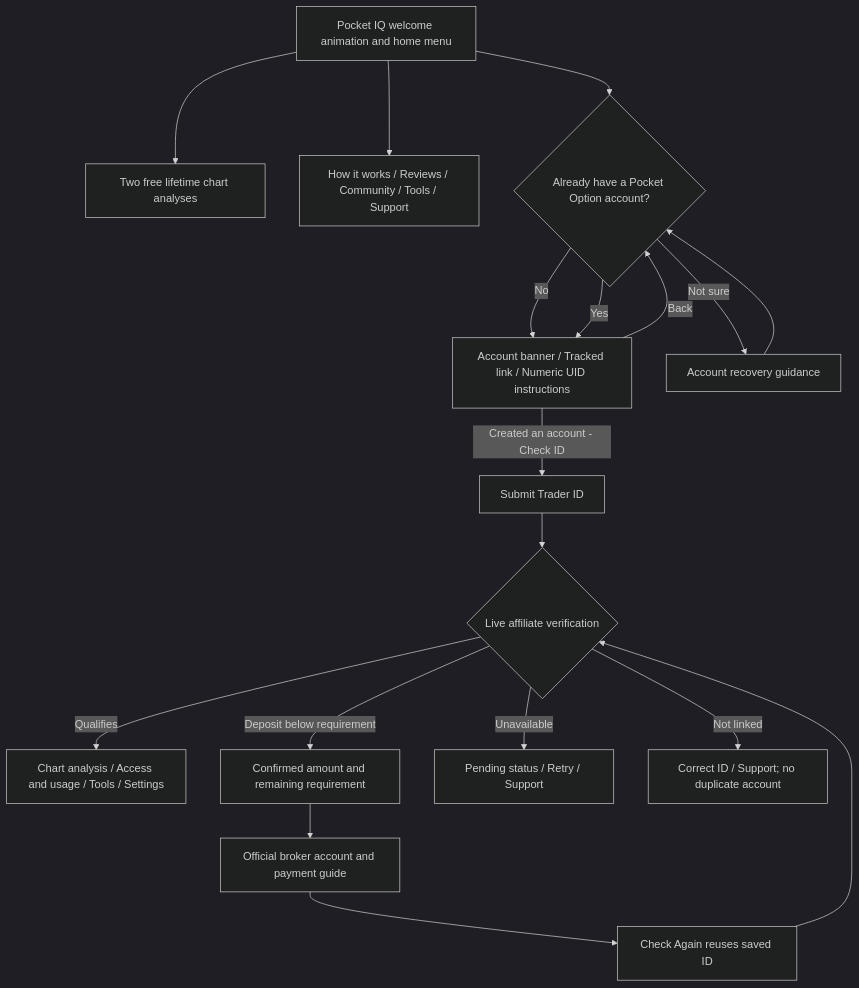
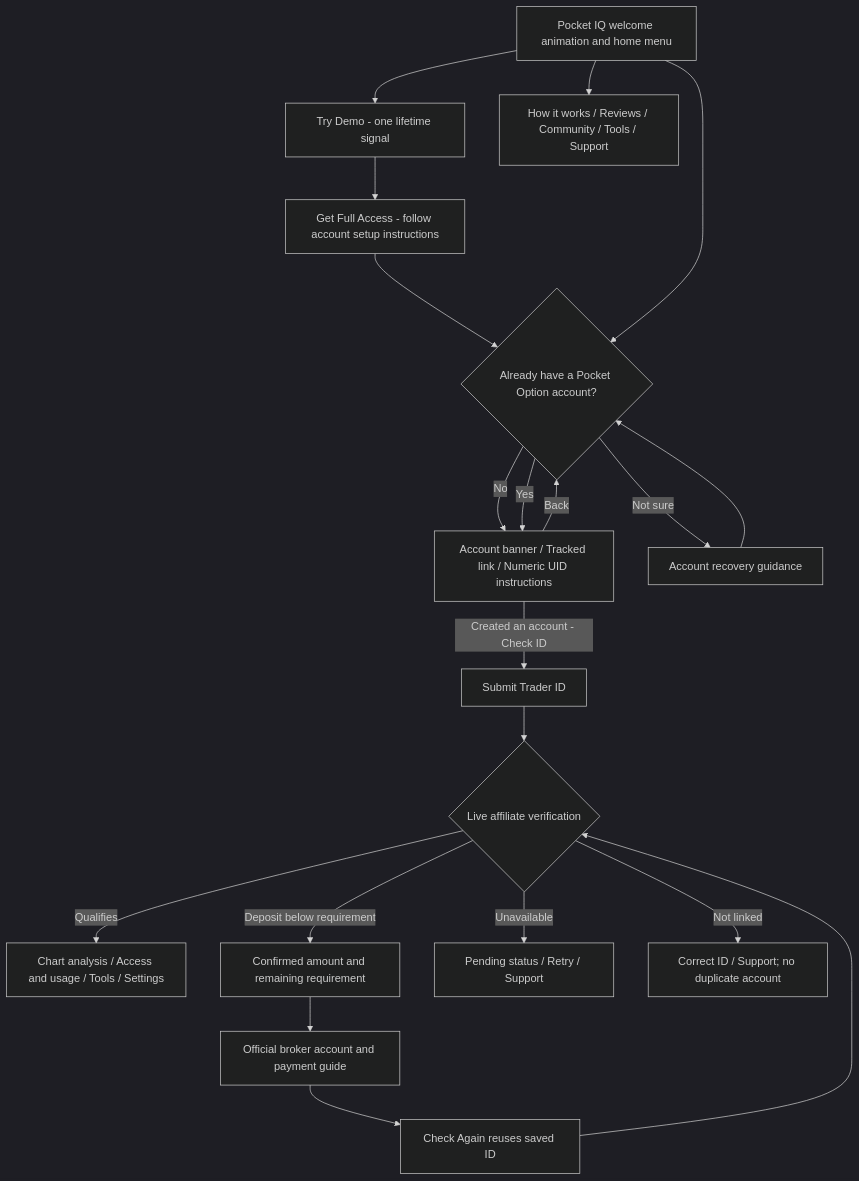
One commit to neetud252-create/funnel-bot changed the diagram in GO_PLUS_FLOW.md. Above: the diagram before and after it, drawn with Mermaid (dark theme). The commit also changed other lines of this file and 27 other files, not shown here.

Commit message:
Replace two free analyses with a one-signal demo (#77)

````diff
--- a/GO_PLUS_FLOW.md
+++ b/GO_PLUS_FLOW.md
@@ -5,20 +5,22 @@
 ```mermaid
 flowchart TD
-  Home[Pocket IQ welcome animation and home menu] --> Trial[Two free lifetime chart analyses]
+  Home[Pocket IQ welcome animation and home menu] --> Trial[Try Demo - one lifetime signal]
+  Trial --> FullAccess[Get Full Access - follow account setup instructions]
+  FullAccess --> Kind
   Home --> Learn[How it works / Reviews / Community / Tools / Support]
   Home --> Kind{Already have a Pocket Option account?}
   Kind -->|No| Register[Account banner / Tracked link / Numeric UID instructions]
   Kind -->|Yes| Register
   Kind -->|Not sure| AccountHelp[Account recovery guidance]
   AccountHelp --> Kind
   Register -->|Created an account - Check ID| ID[Submit Trader ID]
   Register -->|Back| Kind
   ID --> Check{Live affiliate verification}
   Check -->|Qualifies| Dashboard[Chart analysis / Access and usage / Tools / Settings]
   Check -->|Deposit below requirement| Deposit[Confirmed amount and remaining requirement]
   Deposit --> Broker[Official broker account and payment guide]
   Broker --> Recheck[Check Again reuses saved ID]
   Recheck --> Check
   Check -->|Unavailable| Retry[Pending status / Retry / Support]
   Check -->|Not linked| Help[Correct ID / Support; no duplicate account]
 ```
````
